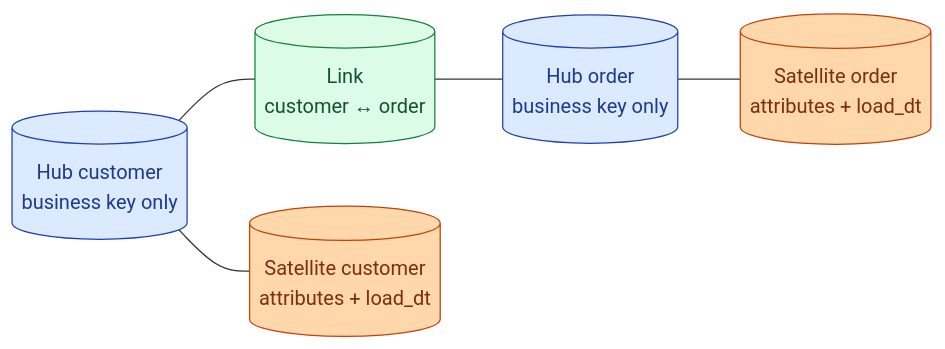
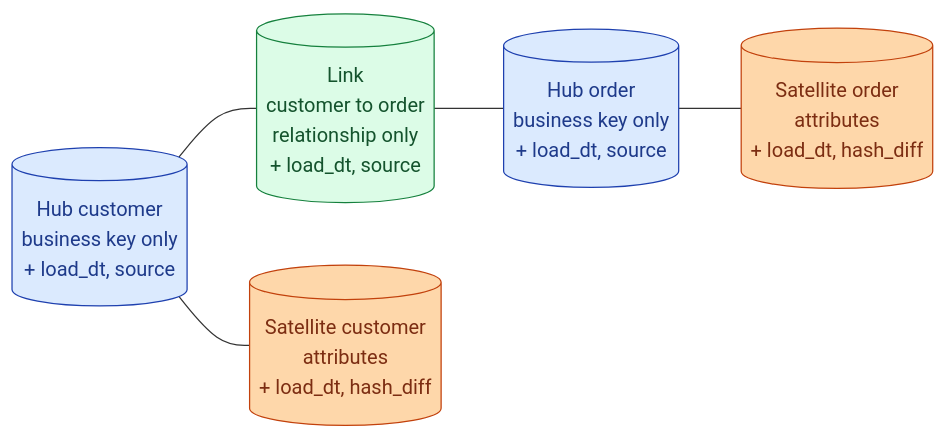
One commit to shiningflash/shiningflash.github.io changed the first of 3 diagrams in _de_concepts/015-data-vault.md. Above: the diagram before and after it, drawn with Mermaid. The commit also changed other lines of this file and 69 other files, not shown here.

````diff
--- a/_de_concepts/015-data-vault.md
+++ b/_de_concepts/015-data-vault.md
@@ -12,16 +14,17 @@
 ```mermaid
 flowchart LR
-    H1[("Hub customer<br/>business key only")]:::h
-    H2[("Hub order<br/>business key only")]:::h
-    L1[("Link<br/>customer ↔ order")]:::l
-    S1[("Satellite customer<br/>attributes + load_dt")]:::s
-    S2[("Satellite order<br/>attributes + load_dt")]:::s
+    H1[("Hub customer<br/>business key only<br/>+ load_dt, source")]:::a
+    H2[("Hub order<br/>business key only<br/>+ load_dt, source")]:::a
+    L1[("Link<br/>customer to order<br/>relationship only<br/>+ load_dt, source")]:::g
+    S1[("Satellite customer<br/>attributes<br/>+ load_dt, hash_diff")]:::b
+    S2[("Satellite order<br/>attributes<br/>+ load_dt, hash_diff")]:::b
 
-    H1 --- L1 --- H2
+    H1 --- L1
+    L1 --- H2
     H1 --- S1
     H2 --- S2
 
-    classDef h fill:#dbeafe,stroke:#1e40af,color:#1e3a8a
-    classDef l fill:#dcfce7,stroke:#15803d,color:#14532d
-    classDef s fill:#fed7aa,stroke:#c2410c,color:#7c2d12
+    classDef a fill:#dbeafe,stroke:#1e40af,color:#1e3a8a
+    classDef g fill:#dcfce7,stroke:#15803d,color:#14532d
+    classDef b fill:#fed7aa,stroke:#c2410c,color:#7c2d12
 ```
````
